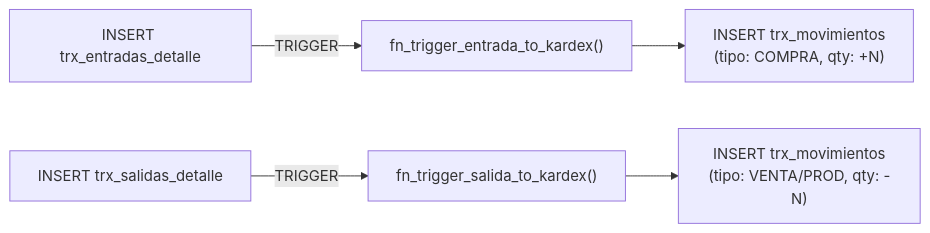
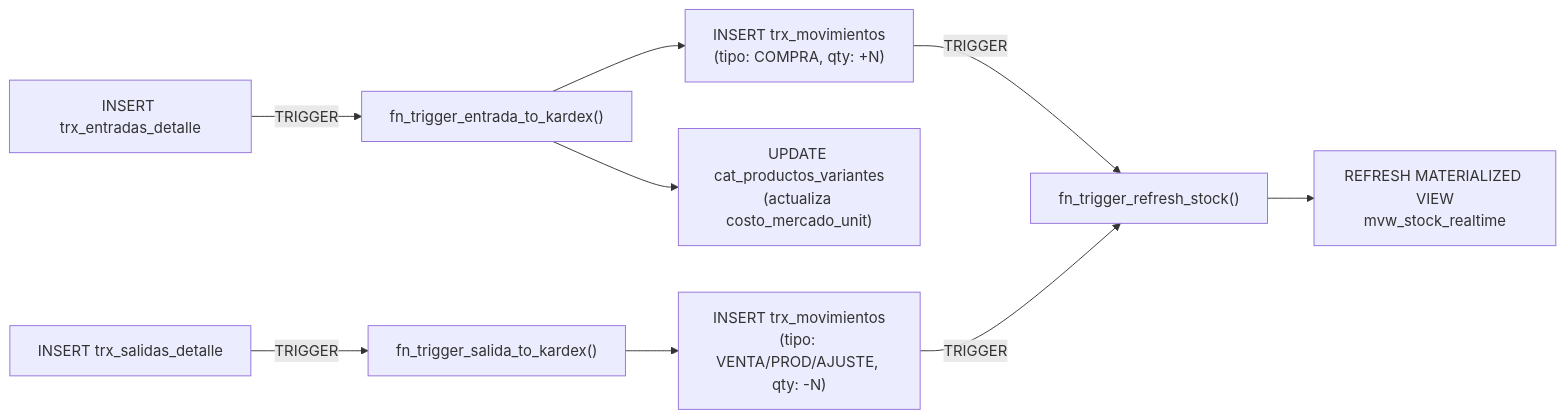
One commit to redentor159/sistema-erp-inventario changed the third of 4 diagrams in public/docs/02_ESQUEMA_BASE_DATOS.md. Above: the diagram before and after it, drawn with Mermaid. The commit also changed other lines of this file and 24 other files, not shown here.

````diff
--- a/public/docs/02_ESQUEMA_BASE_DATOS.md
+++ b/public/docs/02_ESQUEMA_BASE_DATOS.md
@@ -237,8 +414,13 @@
 ```mermaid
 flowchart LR
     A["INSERT trx_entradas_detalle"] -->|"TRIGGER"| B["fn_trigger_entrada_to_kardex()"]
-    B --> C["INSERT trx_movimientos<br/>(tipo: COMPRA, qty: +N)"]
+    B --> C["INSERT trx_movimientos\n(tipo: COMPRA, qty: +N)"]
+    B --> C2["UPDATE cat_productos_variantes\n(actualiza costo_mercado_unit)"]
     
     D["INSERT trx_salidas_detalle"] -->|"TRIGGER"| E["fn_trigger_salida_to_kardex()"]
-    E --> F["INSERT trx_movimientos<br/>(tipo: VENTA/PROD, qty: -N)"]
+    E --> F["INSERT trx_movimientos\n(tipo: VENTA/PROD/AJUSTE, qty: -N)"]
+    
+    C -->|"TRIGGER"| G["fn_trigger_refresh_stock()"]
+    F -->|"TRIGGER"| G
+    G --> H["REFRESH MATERIALIZED VIEW\nmvw_stock_realtime"]
 ```
````
